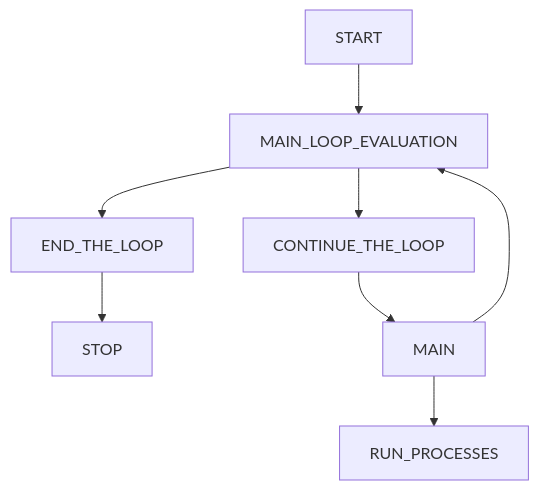
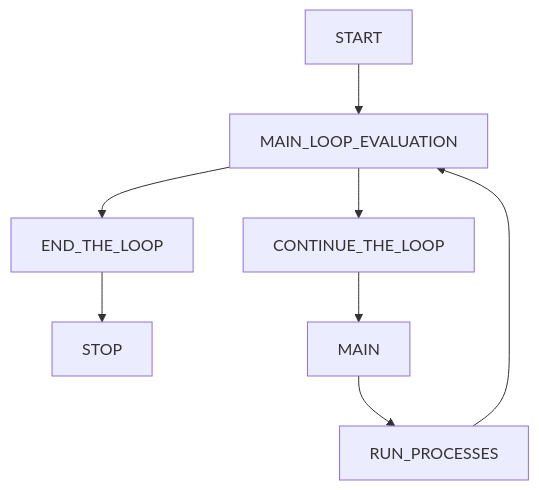
Before and after one commit to carldavidbrownjr/repo1: the first of 3 diagrams in foundation.git.markdown.md, drawn with Mermaid.

````diff
--- a/foundation.git.markdown.md
+++ b/foundation.git.markdown.md
@@ -31,10 +31,10 @@
 ```mermaid
 graph TD;
   START-->MAIN_LOOP_EVALUATION;
   MAIN_LOOP_EVALUATION-->CONTINUE_THE_LOOP;
   MAIN_LOOP_EVALUATION-->END_THE_LOOP; 
   END_THE_LOOP-->STOP;
   CONTINUE_THE_LOOP-->MAIN;
   MAIN-->RUN_PROCESSES;
-  MAIN-->MAIN_LOOP_EVALUATION;
+  RUN_PROCESSES-->MAIN_LOOP_EVALUATION;
 ```
````
